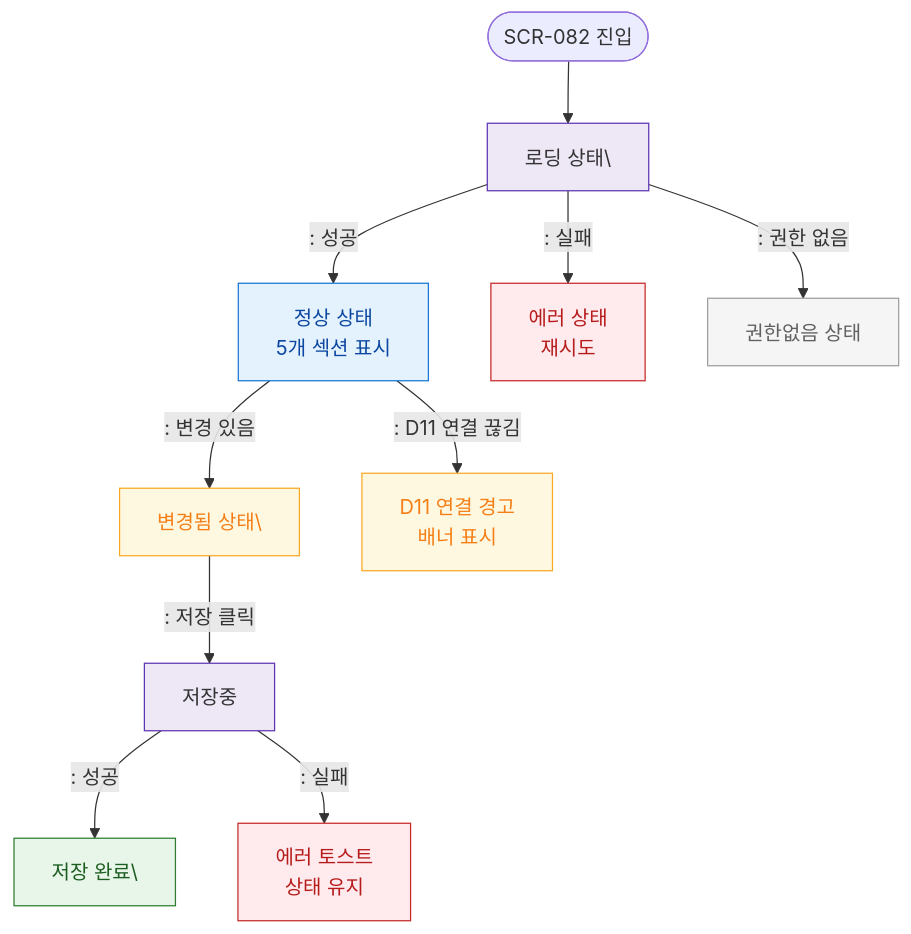
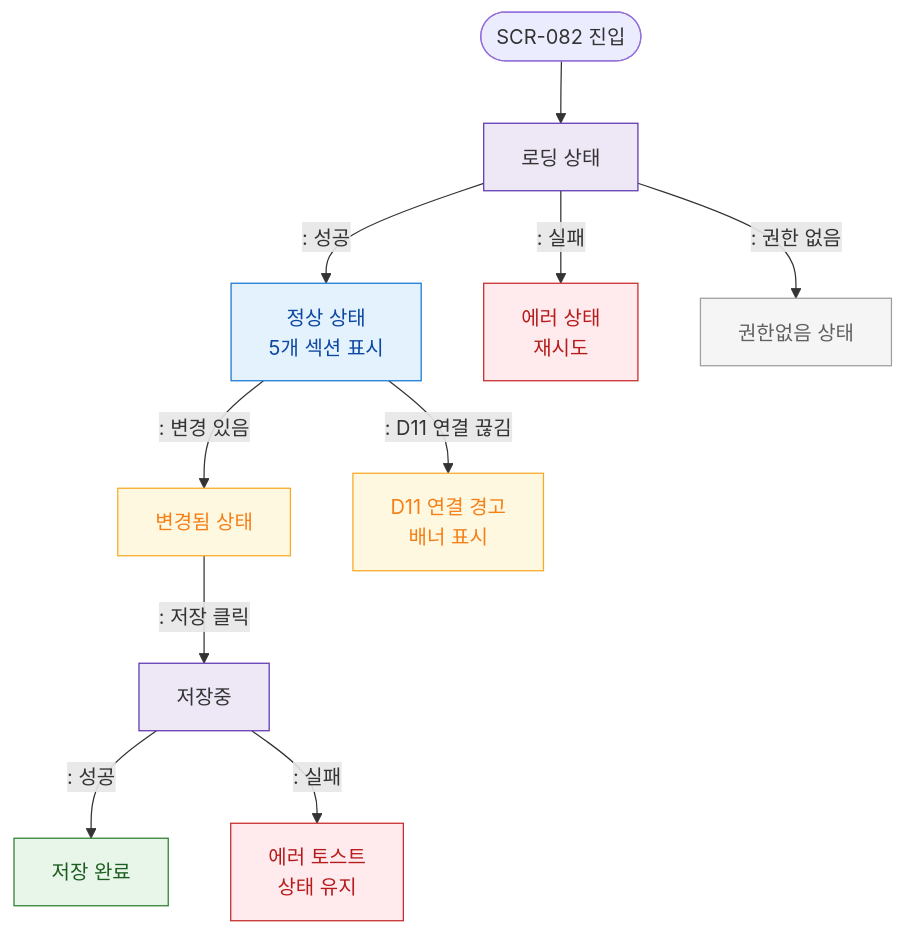
Before and after one commit to dev-spogym/admin-pando: the diagram in docs/admin/다이어그램/D09_설정관리/SCR-082_키오스크설정/F6_상태별화면.md, drawn with Mermaid. The commit also changed 369 other files, not shown here.

````diff
--- a/docs/admin/다이어그램/D09_설정관리/SCR-082_키오스크설정/F6_상태별화면.md
+++ b/docs/admin/다이어그램/D09_설정관리/SCR-082_키오스크설정/F6_상태별화면.md
@@ -12,27 +12,27 @@
 ```mermaid
 flowchart TD
-    Entry([SCR-082 진입]) --> Loading[로딩 상태\]
+    Entry([SCR-082 진입]) --> Loading[로딩 상태]
     Loading -->|": 성공"|Normal[정상 상태\n5개 섹션 표시]
     Loading -->|": 실패"|ErrorState[에러 상태\n재시도]
     Loading -->|": 권한 없음"|NoAuth[권한없음 상태]
 
-    Normal -->|": 변경 있음"|Dirty[변경됨 상태\]
+    Normal -->|": 변경 있음"|Dirty[변경됨 상태]
     Dirty -->|": 저장 클릭"|Saving[저장중]
-    Saving -->|": 성공"|Saved[저장 완료\]
+    Saving -->|": 성공"|Saved[저장 완료]
     Saving -->|": 실패"|SaveFail[에러 토스트\n상태 유지]
 
     Normal -->|": D11 연결 끊김"|DisconnectWarn[D11 연결 경고\n배너 표시]
 
     classDef screen fill:#E3F2FD,stroke:#1976D2,color:#0D47A1
     classDef error fill:#FFEBEE,stroke:#C62828,color:#B71C1C
     classDef success fill:#E8F5E9,stroke:#2E7D32,color:#1B5E20
     classDef warning fill:#FFF8E1,stroke:#F9A825,color:#F57F17
     classDef system fill:#EDE7F6,stroke:#5E35B2
     classDef rbacBlocked fill:#F5F5F5,stroke:#9E9E9E,color:#616161
     class Normal screen
     class ErrorState,SaveFail error
     class Saved success
     class Dirty,DisconnectWarn warning
     class Loading,Saving system
     class NoAuth rbacBlocked
 ```
````
